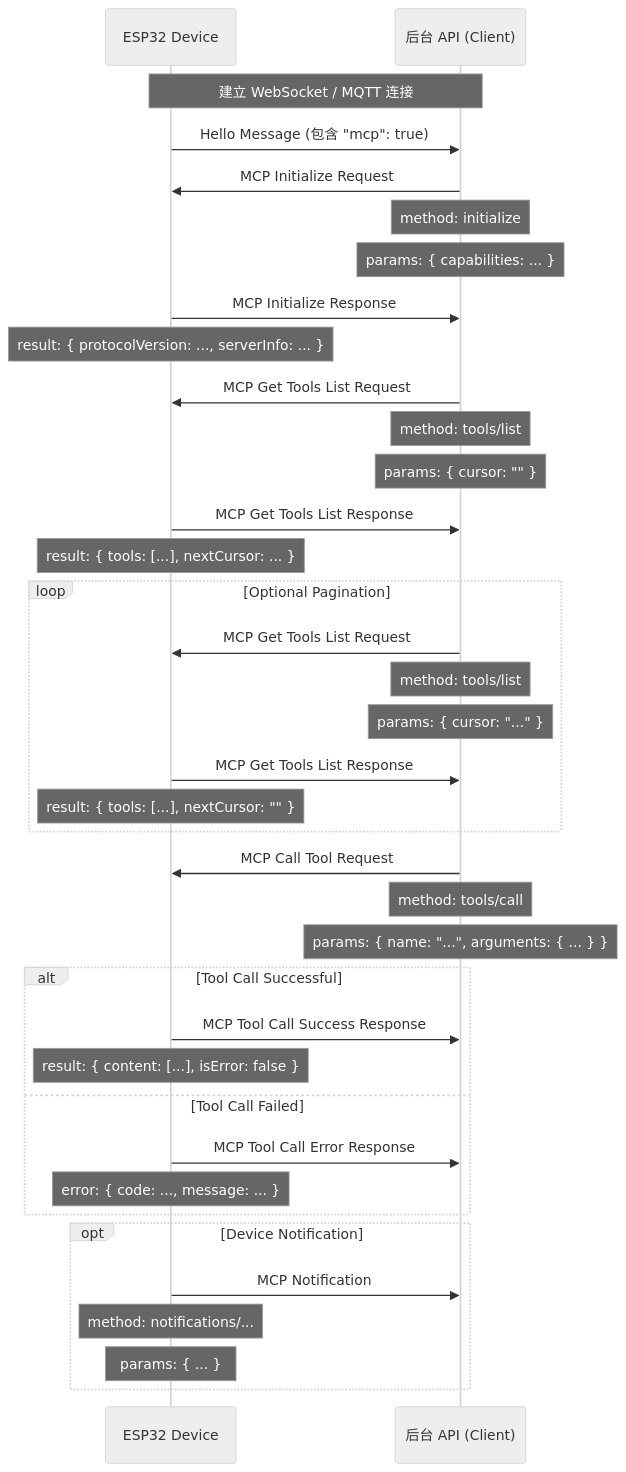
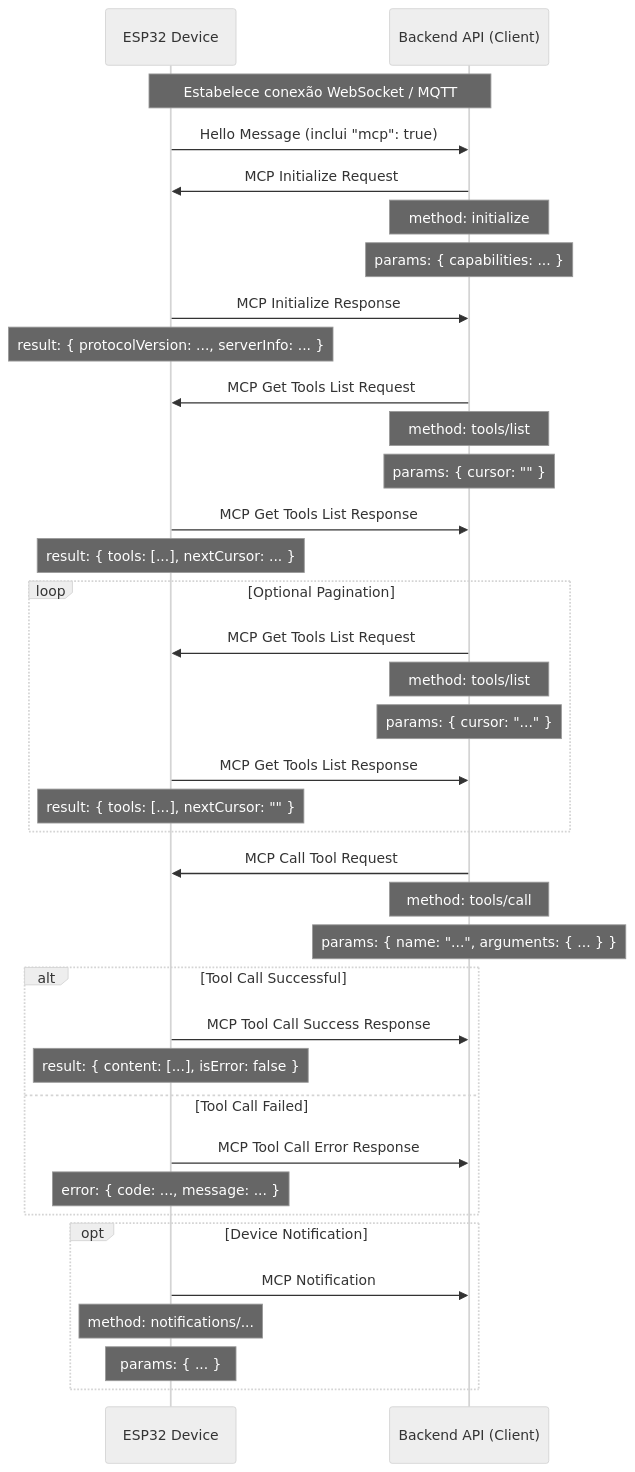
One commit to fsilva-gesi/xiaozhi-esp32-main changed the diagram in docs/mcp-protocol_zh.md. Above: the diagram before and after it, drawn with Mermaid (neutral theme). The commit also changed other lines of this file and 9 other files, not shown here.

````diff
--- a/docs/mcp-protocol_zh.md
+++ b/docs/mcp-protocol_zh.md
@@ -219,49 +215,49 @@
 ```mermaid
 sequenceDiagram
     participant Device as ESP32 Device
-    participant BackendAPI as 后台 API (Client)
+    participant BackendAPI as Backend API (Client)
 
-    Note over Device, BackendAPI: 建立 WebSocket / MQTT 连接
+    Note over Device, BackendAPI: Estabelece conexão WebSocket / MQTT
 
-    Device->>BackendAPI: Hello Message (包含 "mcp": true)
+    Device->>BackendAPI: Hello Message (inclui "mcp": true)
 
     BackendAPI->>Device: MCP Initialize Request
     Note over BackendAPI: method: initialize
     Note over BackendAPI: params: { capabilities: ... }
 
     Device->>BackendAPI: MCP Initialize Response
     Note over Device: result: { protocolVersion: ..., serverInfo: ... }
 
     BackendAPI->>Device: MCP Get Tools List Request
     Note over BackendAPI: method: tools/list
     Note over BackendAPI: params: { cursor: "" }
 
     Device->>BackendAPI: MCP Get Tools List Response
     Note over Device: result: { tools: [...], nextCursor: ... }
 
     loop Optional Pagination
         BackendAPI->>Device: MCP Get Tools List Request
         Note over BackendAPI: method: tools/list
         Note over BackendAPI: params: { cursor: "..." }
         Device->>BackendAPI: MCP Get Tools List Response
         Note over Device: result: { tools: [...], nextCursor: "" }
     end
 
     BackendAPI->>Device: MCP Call Tool Request
     Note over BackendAPI: method: tools/call
     Note over BackendAPI: params: { name: "...", arguments: { ... } }
 
     alt Tool Call Successful
         Device->>BackendAPI: MCP Tool Call Success Response
         Note over Device: result: { content: [...], isError: false }
     else Tool Call Failed
         Device->>BackendAPI: MCP Tool Call Error Response
         Note over Device: error: { code: ..., message: ... }
     end
 
     opt Device Notification
         Device->>BackendAPI: MCP Notification
         Note over Device: method: notifications/...
         Note over Device: params: { ... }
     end
 ```
````
